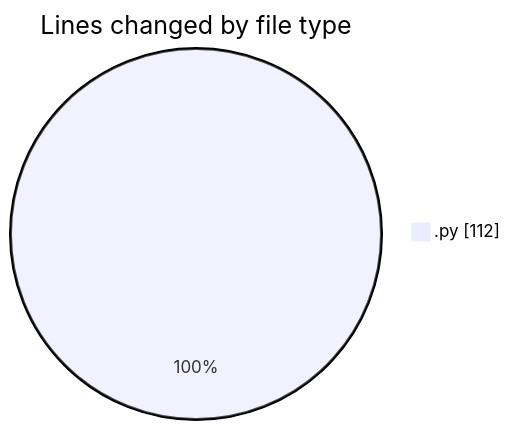
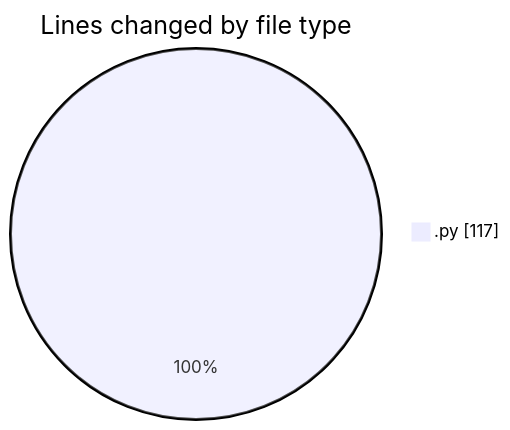
Before and after one commit to trdunsworth/code-tracking: the first of 2 diagrams in 2025-03-28/synth_911data_gen/README.md, drawn with Mermaid. The commit also changed other lines of this file and 1 other file, not shown here.

````diff
--- a/2025-03-28/synth_911data_gen/README.md
+++ b/2025-03-28/synth_911data_gen/README.md
@@ -20,5 +20,5 @@
 ```mermaid
 pie showData
 title Lines changed by file type
-".py" : 112
+".py" : 117
 ```
````
